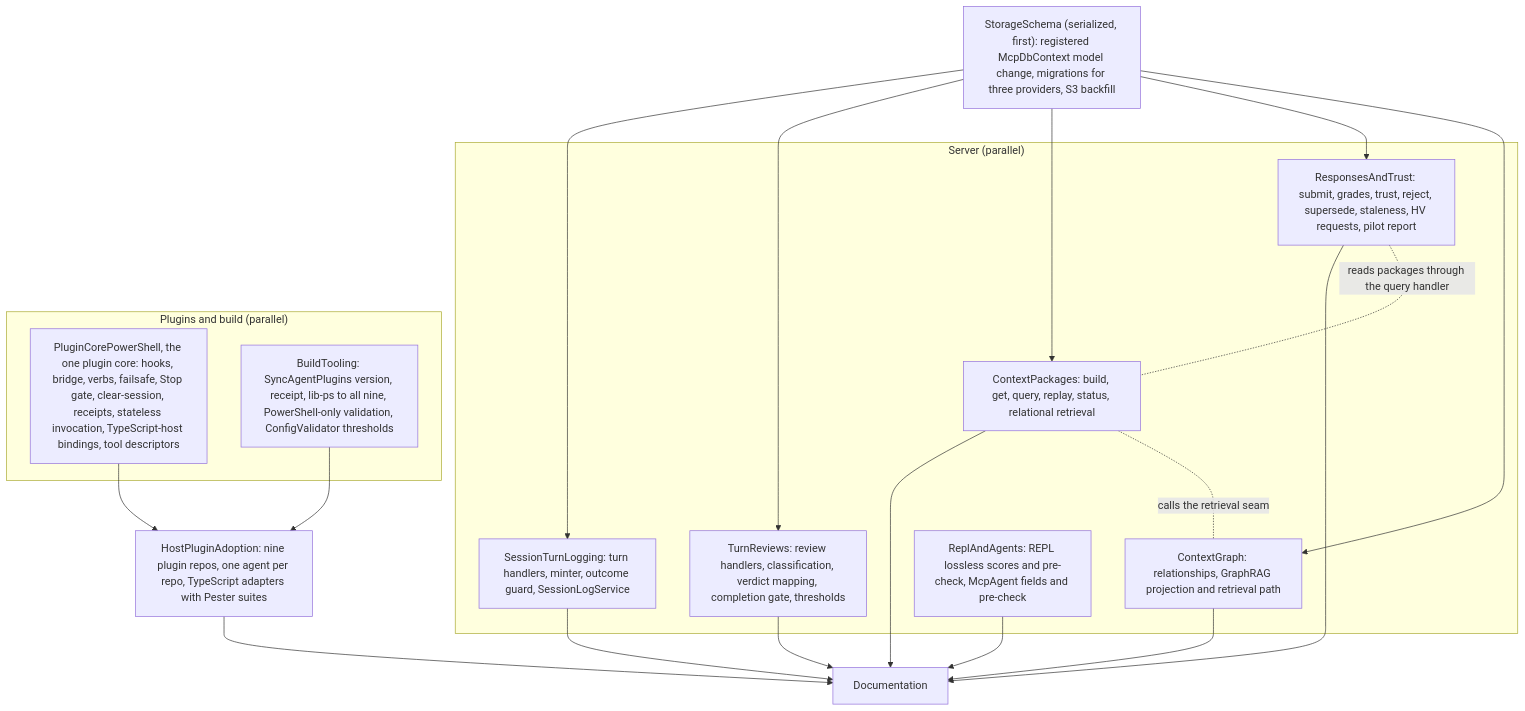
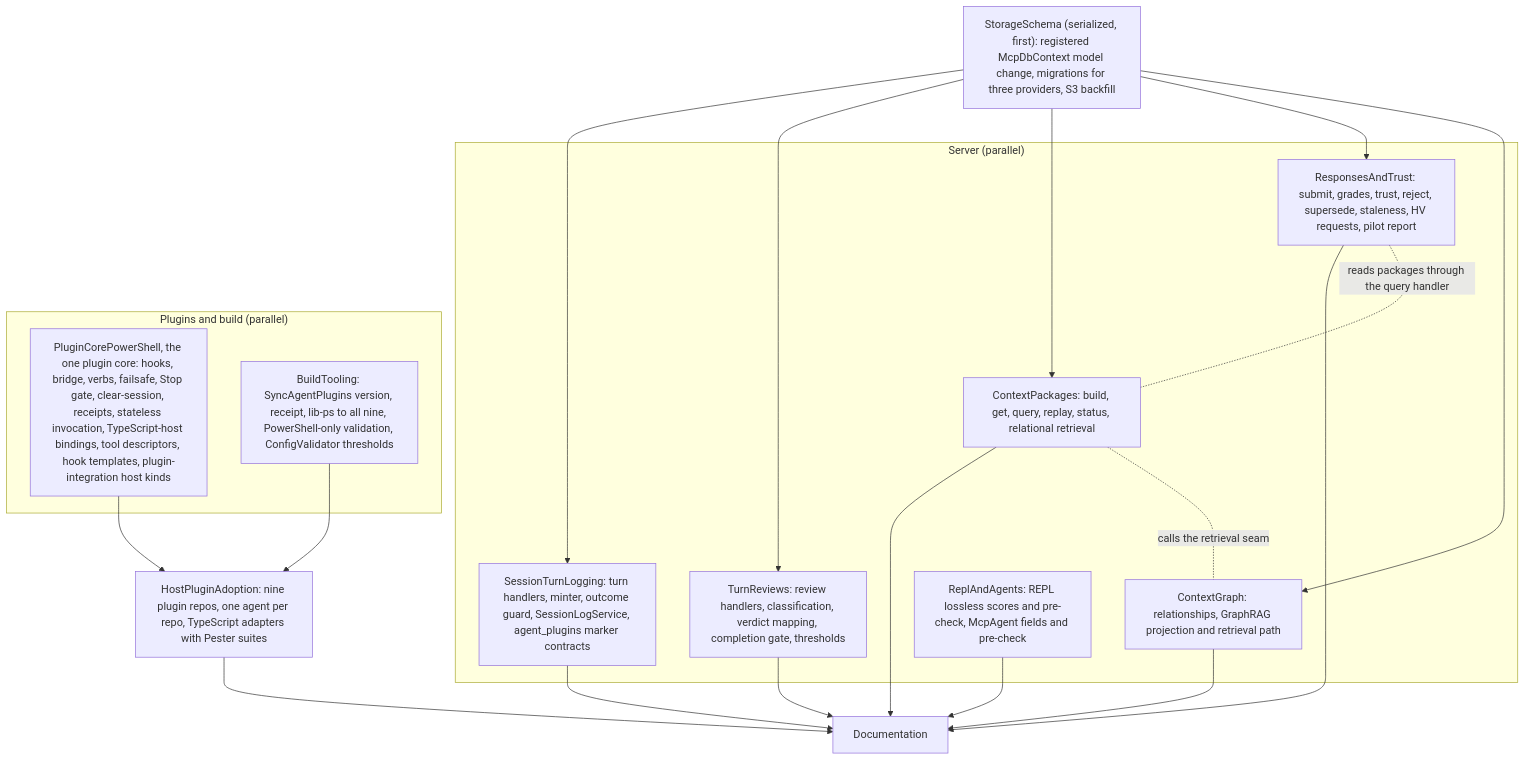
Before and after one commit to sharpninja/McpServer: diagram 57 of 59 in docs/Stateless-Agent-Context-Management.md, drawn with Mermaid. The commit also changed other lines of this file and 2 other files, not shown here.

````diff
--- a/docs/Stateless-Agent-Context-Management.md
+++ b/docs/Stateless-Agent-Context-Management.md
@@ -1811,34 +1851,34 @@
 ```mermaid
 flowchart TB
     SS["StorageSchema (serialized, first): registered McpDbContext model change, migrations for three providers, S3 backfill"]
     subgraph Server["Server (parallel)"]
-        STL["SessionTurnLogging: turn handlers, minter, outcome guard, SessionLogService"]
+        STL["SessionTurnLogging: turn handlers, minter, outcome guard, SessionLogService, agent_plugins marker contracts"]
         TR["TurnReviews: review handlers, classification, verdict mapping, completion gate, thresholds"]
         CP["ContextPackages: build, get, query, replay, status, relational retrieval"]
         RT["ResponsesAndTrust: submit, grades, trust, reject, supersede, staleness, HV requests, pilot report"]
         CG["ContextGraph: relationships, GraphRAG projection and retrieval path"]
         RA["ReplAndAgents: REPL lossless scores and pre-check, McpAgent fields and pre-check"]
     end
     subgraph Plugins["Plugins and build (parallel)"]
-        PS["PluginCorePowerShell, the one plugin core: hooks, bridge, verbs, failsafe, Stop gate, clear-session, receipts, stateless invocation, TypeScript-host bindings, tool descriptors"]
+        PS["PluginCorePowerShell, the one plugin core: hooks, bridge, verbs, failsafe, Stop gate, clear-session, receipts, stateless invocation, TypeScript-host bindings, tool descriptors, hook templates, plugin-integration host kinds"]
         BT["BuildTooling: SyncAgentPlugins version, receipt, lib-ps to all nine, PowerShell-only validation, ConfigValidator thresholds"]
     end
     HPA["HostPluginAdoption: nine plugin repos, one agent per repo, TypeScript adapters with Pester suites"]
     DOC["Documentation"]
     PS --> HPA
     BT --> HPA
     STL --> DOC
     TR --> DOC
     CP --> DOC
     RT --> DOC
     CG --> DOC
     RA --> DOC
     HPA --> DOC
     SS --> STL
     SS --> TR
     SS --> CP
     SS --> RT
     SS --> CG
     CP -. "calls the retrieval seam" .- CG
     RT -. "reads packages through the query handler" .- CP
 ```
````
